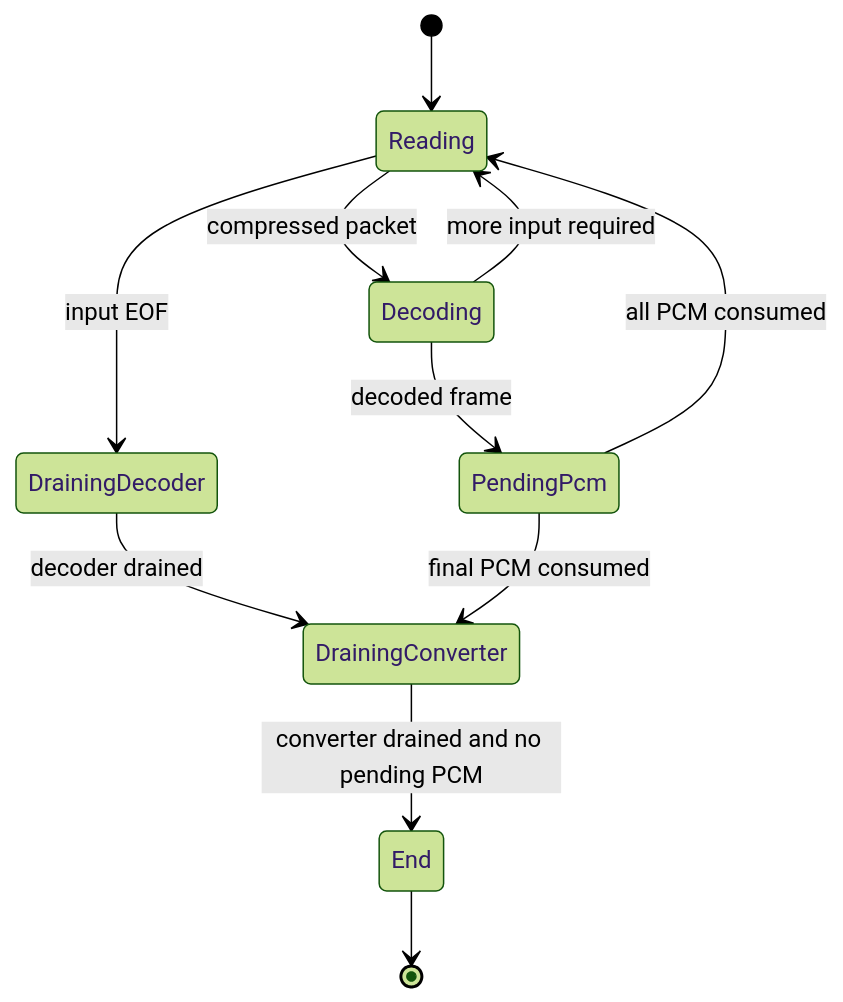
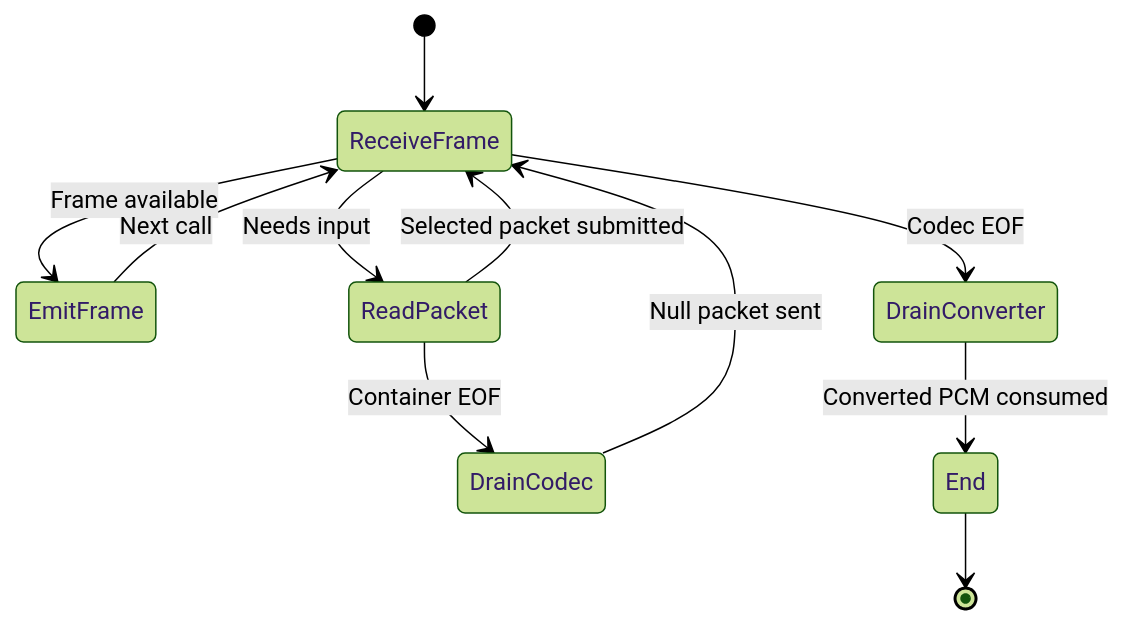
Before and after one commit to Vokerlee/wiola-player: the fifth of 8 diagrams in src/codec/README.md, drawn with Mermaid (forest theme). The commit also changed other lines of this file, not shown here.

````diff
--- a/src/codec/README.md
+++ b/src/codec/README.md
@@ -207,13 +173,13 @@
 ```mermaid
 stateDiagram-v2
-    [*] --> Reading
-    Reading --> Decoding: compressed packet
-    Decoding --> Reading: more input required
-    Decoding --> PendingPcm: decoded frame
-    PendingPcm --> Reading: all PCM consumed
-    Reading --> DrainingDecoder: input EOF
-    DrainingDecoder --> DrainingConverter: decoder drained
-    DrainingConverter --> End: converter drained and no pending PCM
-    PendingPcm --> DrainingConverter: final PCM consumed
+    [*] --> ReceiveFrame
+    ReceiveFrame --> EmitFrame: Frame available
+    EmitFrame --> ReceiveFrame: Next call
+    ReceiveFrame --> ReadPacket: Needs input
+    ReadPacket --> ReceiveFrame: Selected packet submitted
+    ReadPacket --> DrainCodec: Container EOF
+    DrainCodec --> ReceiveFrame: Null packet sent
+    ReceiveFrame --> DrainConverter: Codec EOF
+    DrainConverter --> End: Converted PCM consumed
     End --> [*]
 ```
````
